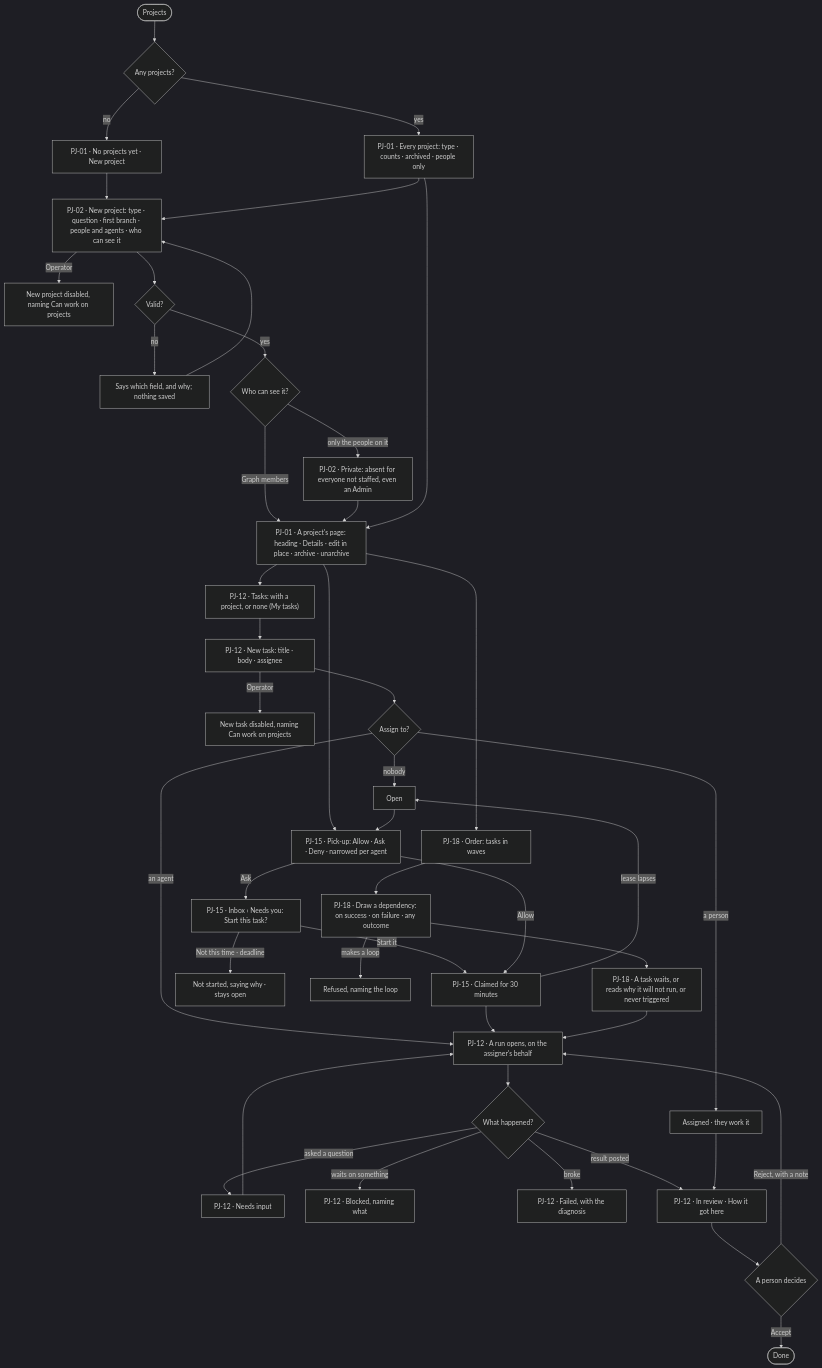
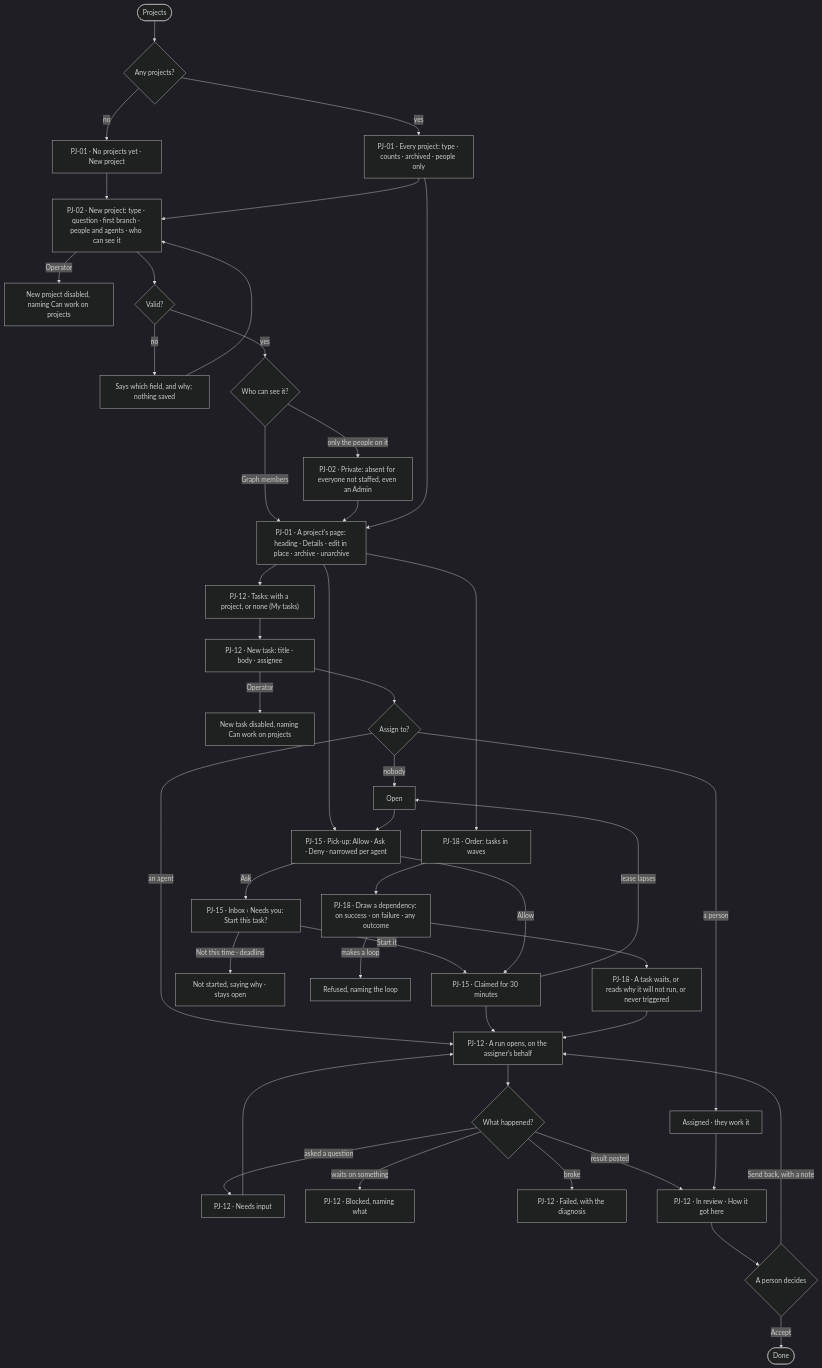
The first of 2 diagrams in specs/capabilities/projects/features/PJ-F01-projects-and-tasks/feature.md (invana/invana), drawn with Mermaid (dark theme) before and after one commit. The commit also changed other lines of this file and 637 other files, not shown here.

````diff
--- a/specs/capabilities/projects/features/PJ-F01-projects-and-tasks/feature.md
+++ b/specs/capabilities/projects/features/PJ-F01-projects-and-tasks/feature.md
@@ -23,44 +24,44 @@
 ```mermaid
 flowchart TD
   s([Projects]) --> any{"Any projects?"}
   any -->|no| empty["PJ-01 · No projects yet · New project"]
   any -->|yes| list["PJ-01 · Every project: type · counts · archived · people only"]
   empty --> new
   list --> new["PJ-02 · New project: type · question · first branch · people and agents · who can see it"]
   new -->|Operator| na["New project disabled, naming Can work on projects"]
   new --> valid{"Valid?"}
   valid -->|no| ref["Says which field, and why; nothing saved"] --> new
   valid -->|yes| vis{"Who can see it?"}
   vis -->|Graph members| page
   vis -->|only the people on it| priv["PJ-02 · Private: absent for everyone not staffed, even an Admin"] --> page
   list --> page["PJ-01 · A project's page: heading · Details · edit in place · archive · unarchive"]
   page --> tasks["PJ-12 · Tasks: with a project, or none (My tasks)"]
   tasks --> newt["PJ-12 · New task: title · body · assignee"]
   newt -->|Operator| nat["New task disabled, naming Can work on projects"]
   newt --> who{"Assign to?"}
   who -->|nobody| open["Open"]
   who -->|a person| person["Assigned · they work it"]
   who -->|an agent| ag["PJ-12 · A run opens, on the assigner's behalf"]
   page --> pick["PJ-15 · Pick-up: Allow · Ask · Deny · narrowed per agent"]
   pick -->|Ask| askbox["PJ-15 · Inbox › Needs you: Start this task?"]
   askbox -->|Start it| claim
   askbox -->|Not this time · deadline| held["Not started, saying why · stays open"]
   pick -->|Allow| claim["PJ-15 · Claimed for 30 minutes"]
   claim -->|lease lapses| open
   claim --> ag
   open --> pick
   page --> plan["PJ-18 · Order: tasks in waves"]
   plan --> dep["PJ-18 · Draw a dependency: on success · on failure · any outcome"]
   dep -->|makes a loop| loop["Refused, naming the loop"]
   dep --> wait["PJ-18 · A task waits, or reads why it will not run, or never triggered"]
   wait --> ag
   ag --> out{"What happened?"}
   out -->|asked a question| ni["PJ-12 · Needs input"] --> ag
   out -->|waits on something| bl["PJ-12 · Blocked, naming what"]
   out -->|broke| fl["PJ-12 · Failed, with the diagnosis"]
   out -->|result posted| rv["PJ-12 · In review · How it got here"]
   person --> rv
   rv --> dec{"A person decides"}
   dec -->|Accept| done(["Done"])
-  dec -->|Reject, with a note| ag
+  dec -->|Send back, with a note| ag
 ```
````
